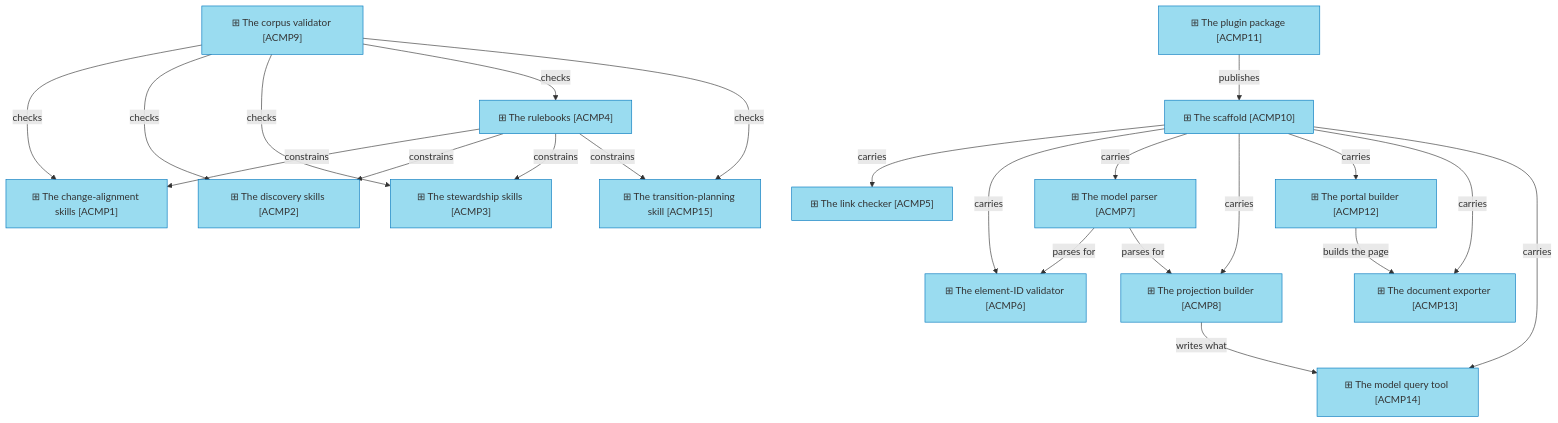
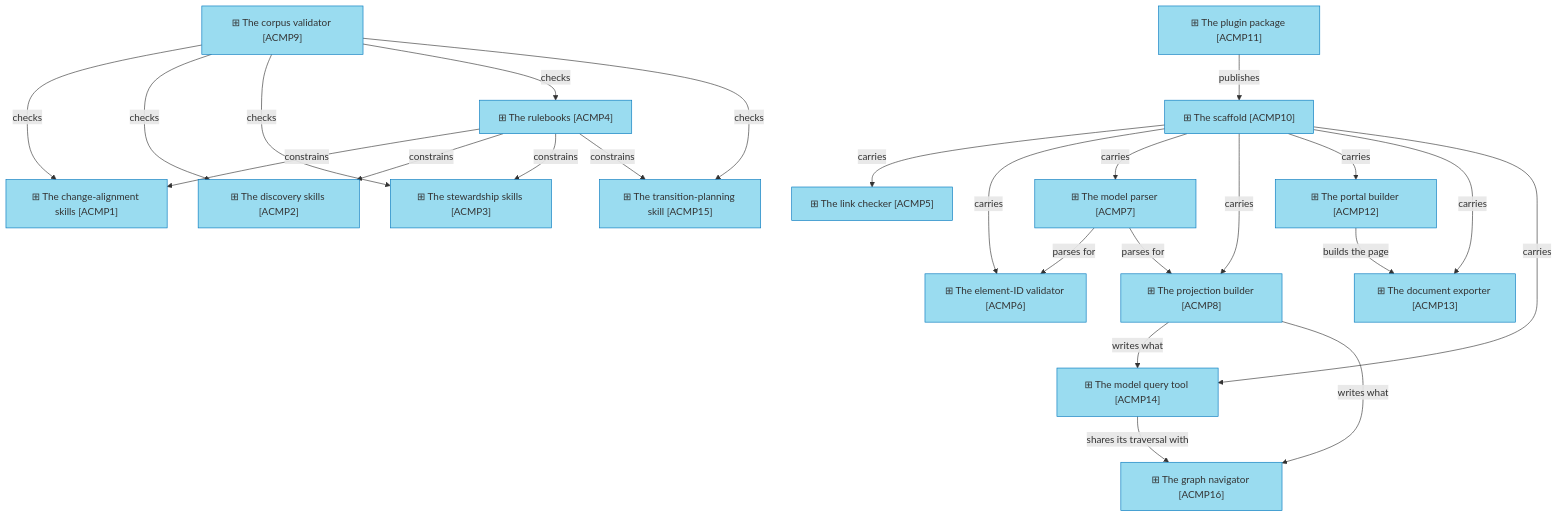
One commit to roanboc/architecture-archreator changed the second of 2 diagrams in product-archreator/architecture/4_application/2_application-components.md. Above: the diagram before and after it, drawn with Mermaid. The commit also changed other lines of this file and 15 other files, not shown here.

````diff
--- a/product-archreator/architecture/4_application/2_application-components.md
+++ b/product-archreator/architecture/4_application/2_application-components.md
@@ -37,42 +38,45 @@
 ```mermaid
 flowchart TB
   acmp1["⊞ The change-alignment skills [ACMP1]"]:::component
   acmp2["⊞ The discovery skills [ACMP2]"]:::component
   acmp3["⊞ The stewardship skills [ACMP3]"]:::component
   acmp4["⊞ The rulebooks [ACMP4]"]:::component
   acmp5["⊞ The link checker [ACMP5]"]:::component
   acmp6["⊞ The element-ID validator [ACMP6]"]:::component
   acmp7["⊞ The model parser [ACMP7]"]:::component
   acmp8["⊞ The projection builder [ACMP8]"]:::component
   acmp9["⊞ The corpus validator [ACMP9]"]:::component
   acmp10["⊞ The scaffold [ACMP10]"]:::component
   acmp11["⊞ The plugin package [ACMP11]"]:::component
   acmp12["⊞ The portal builder [ACMP12]"]:::component
   acmp13["⊞ The document exporter [ACMP13]"]:::component
   acmp14["⊞ The model query tool [ACMP14]"]:::component
   acmp15["⊞ The transition-planning skill [ACMP15]"]:::component
+  acmp16["⊞ The graph navigator [ACMP16]"]:::component
 
   acmp4 -->|constrains| acmp1
   acmp4 -->|constrains| acmp2
   acmp4 -->|constrains| acmp3
   acmp4 -->|constrains| acmp15
   acmp7 -->|parses for| acmp6
   acmp7 -->|parses for| acmp8
   acmp8 -->|writes what| acmp14
+  acmp8 -->|writes what| acmp16
+  acmp14 -->|shares its traversal with| acmp16
   acmp10 -->|carries| acmp5
   acmp10 -->|carries| acmp6
   acmp10 -->|carries| acmp7
   acmp10 -->|carries| acmp8
   acmp10 -->|carries| acmp12
   acmp10 -->|carries| acmp13
   acmp10 -->|carries| acmp14
   acmp12 -->|builds the page| acmp13
   acmp11 -->|publishes| acmp10
   acmp9 -->|checks| acmp1
   acmp9 -->|checks| acmp2
   acmp9 -->|checks| acmp3
   acmp9 -->|checks| acmp4
   acmp9 -->|checks| acmp15
 
   classDef component fill:#9adcf0,stroke:#0277bd,color:#333
 ```
````
